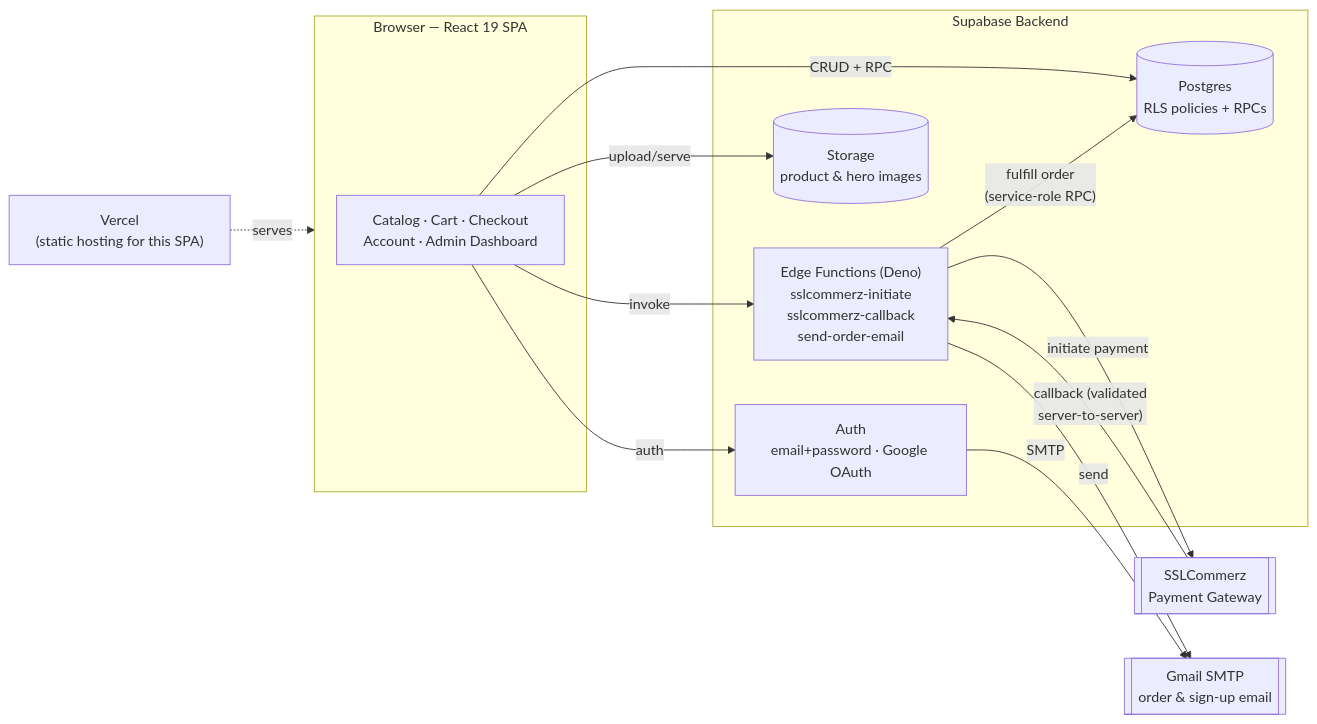
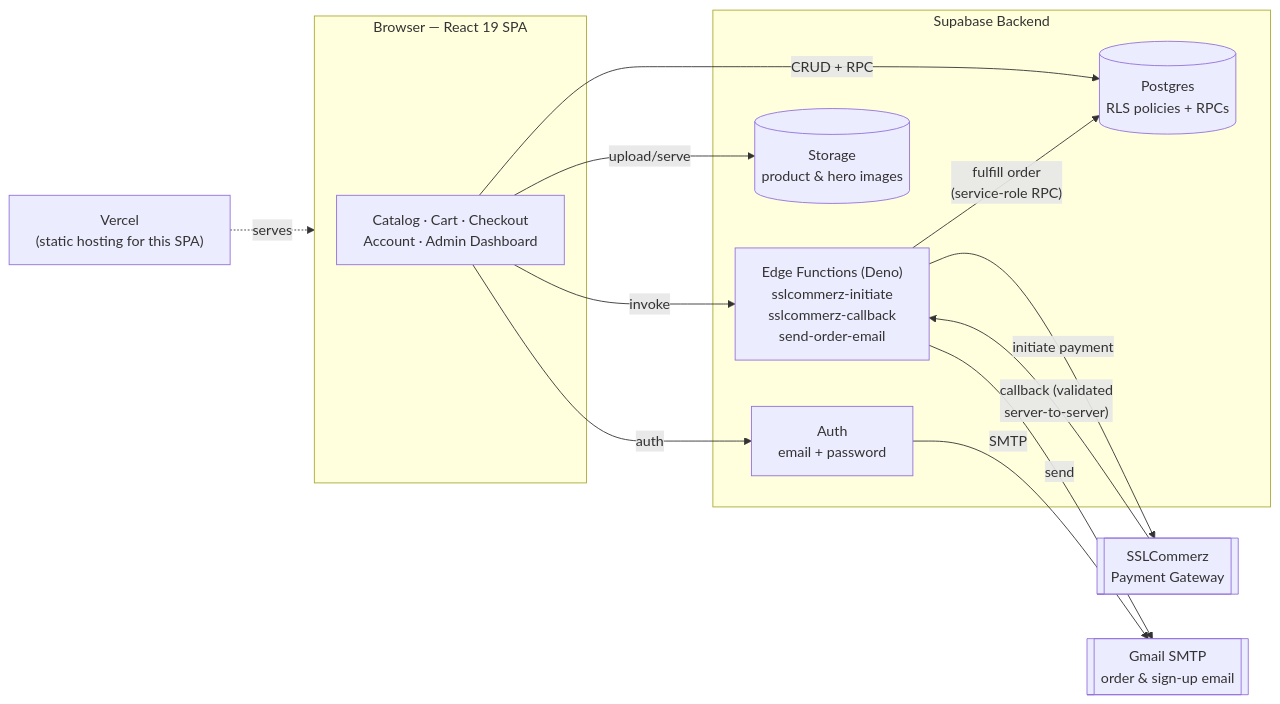
The diagram in README.md (HRSHAFIN/Lagle-Janaben), drawn with Mermaid before and after one commit. The commit also changed other lines of this file and 5 other files, not shown here.

First line of the commit message:
Hide Google sign-in; require email and phone at sign-up

````diff
--- a/README.md
+++ b/README.md
@@ -41,28 +41,28 @@
 ```mermaid
 flowchart LR
     subgraph Browser["Browser — React 19 SPA"]
         UI["Catalog · Cart · Checkout<br/>Account · Admin Dashboard"]
     end
 
     subgraph Supabase["Supabase Backend"]
-        Auth["Auth<br/>email+password · Google OAuth"]
+        Auth["Auth<br/>email + password"]
         DB[("Postgres<br/>RLS policies + RPCs")]
         Storage[("Storage<br/>product & hero images")]
         Functions["Edge Functions (Deno)<br/>sslcommerz-initiate<br/>sslcommerz-callback<br/>send-order-email"]
     end
 
     Gateway[["SSLCommerz<br/>Payment Gateway"]]
     Mail[["Gmail SMTP<br/>order & sign-up email"]]
     Vercel["Vercel<br/>(static hosting for this SPA)"]
 
     UI -- "auth" --> Auth
     UI -- "CRUD + RPC" --> DB
     UI -- "upload/serve" --> Storage
     UI -- "invoke" --> Functions
     Functions -- "initiate payment" --> Gateway
     Gateway -- "callback (validated<br/>server-to-server)" --> Functions
     Functions -- "fulfill order<br/>(service-role RPC)" --> DB
     Functions -- "send" --> Mail
     Auth -- "SMTP" --> Mail
     Vercel -. serves .-> Browser
 ```
````
